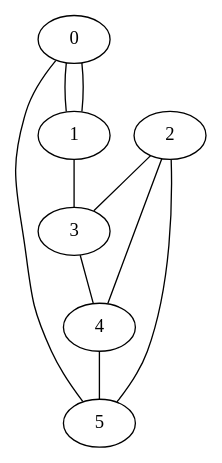
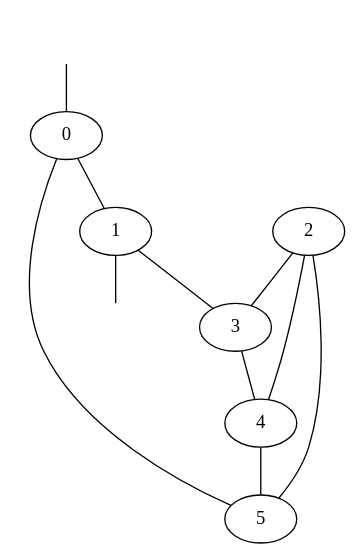
One commit to alphal00p/gammaloop changed the diagram in benchmarks/performance/scalar-3l-gl02-energy-quartic.dot. Above: the diagram before and after it, drawn with Graphviz. The commit also changed 18 other files, not shown here.

```diff
--- a/benchmarks/performance/scalar-3l-gl02-energy-quartic.dot
+++ b/benchmarks/performance/scalar-3l-gl02-energy-quartic.dot
@@ -1,24 +1,27 @@
 // Frozen GL02 from the scalar three-loop LU acceptance matrix.
 // Edge 1 owns four temporal Q(1,cind(0)) factors; degree four minus propagator degree two gives dod=2.
 // Source: tests/tests/test_runs/scalar_3L_cross_section_inspects.rs.
 digraph GL02 {
+    final_state="scalar_0,scalar_0|scalar_0,scalar_0,scalar_1";
+    ext_in [style=invis]; ext_out [style=invis];
     num = "1";
     overall_factor = "(AutG(1))^(-1)*AntiFermionSpinSumSign(1)*ExternalFermionOrderingSign(1)";
     projector = "1";
 
 	"0" [dod="0" dod_autogen="true" int_id="V_3_SCALAR_001" name_autogen="true" num="UFO::SCALAR_COUPLING" num_autogen="true"];
 	"1" [dod="0" dod_autogen="true" int_id="V_3_SCALAR_001" name_autogen="true" num="UFO::SCALAR_COUPLING" num_autogen="true"];
 	"2" [dod="0" dod_autogen="true" int_id="V_3_SCALAR_000" name_autogen="true" num="UFO::SCALAR_COUPLING" num_autogen="true"];
 	"3" [dod="0" dod_autogen="true" int_id="V_3_SCALAR_000" name_autogen="true" num="UFO::SCALAR_COUPLING" num_autogen="true"];
 	"4" [dod="0" dod_autogen="true" int_id="V_3_SCALAR_001" name_autogen="true" num="UFO::SCALAR_COUPLING" num_autogen="true"];
 	"5" [dod="0" dod_autogen="true" int_id="V_3_SCALAR_001" name_autogen="true" num="UFO::SCALAR_COUPLING" num_autogen="true"];
-	"1":17	-> "0":0	 [id=0 dir=none  dod="-2" dod_autogen="true" is_cut="0" lmb_rep="P(0,a___)" name="e0" name_autogen="true" num="1" num_autogen="true" particle="scalar_1"];
+    ext_in -> "0":0 [id=0 dir=none  dod="-2" dod_autogen="true" is_cut="0" lmb_rep="P(0,a___)" name="e0" name_autogen="true" num="1" num_autogen="true" particle="scalar_1"];
 	"0":1	-> "1":2	 [id=1 dir=none  dod="2" lmb_id="0" lmb_rep="K(0,a___)" name="e1" name_autogen="true" num="1𝑖*gammalooprs::Q(1,spenso::cind(0))^4" particle="scalar_0"];
 	"0":3	-> "5":4	 [id=2 dir=none  dod="-2" dod_autogen="true" lmb_rep="-1*K(0,a___)+P(0,a___)" name="e2" name_autogen="true" num="1𝑖" num_autogen="true" particle="scalar_0"];
 	"1":5	-> "3":6	 [id=3 dir=none  dod="-2" dod_autogen="true" lmb_rep="-1*P(0,a___)+K(0,a___)" name="e3" name_autogen="true" num="1𝑖" num_autogen="true" particle="scalar_0"];
 	"2":7	-> "3":8	 [id=4 dir=none  dod="-2" dod_autogen="true" lmb_rep="-1*K(1,a___)+-1*K(2,a___)" name="e4" name_autogen="true" num="1𝑖" num_autogen="true" particle="scalar_0"];
 	"2":9	-> "4":10	 [id=5 dir=none  dod="-2" dod_autogen="true" lmb_id="1" lmb_rep="K(1,a___)" name="e5" name_autogen="true" num="1𝑖" num_autogen="true" particle="scalar_0"];
 	"2":11	-> "5":12	 [id=6 dir=none  dod="-2" dod_autogen="true" lmb_id="2" lmb_rep="K(2,a___)" name="e6" name_autogen="true" num="1𝑖" num_autogen="true" particle="scalar_0"];
 	"3":13	-> "4":14	 [id=7 dir=none  dod="-2" dod_autogen="true" lmb_rep="-1*K(1,a___)+-1*K(2,a___)+-1*P(0,a___)+K(0,a___)" name="e7" name_autogen="true" num="1𝑖" num_autogen="true" particle="scalar_0"];
 	"4":15	-> "5":16	 [id=8 dir=none  dod="-2" dod_autogen="true" lmb_rep="-1*K(2,a___)+-1*P(0,a___)+K(0,a___)" name="e8" name_autogen="true" num="1𝑖" num_autogen="true" particle="scalar_1"];
+    "1":17 -> ext_out [id=9 dir=none  dod="-2" dod_autogen="true" is_cut="0" lmb_rep="P(0,a___)" name="e0" name_autogen="true" num="1" num_autogen="true" particle="scalar_1"];
 }
```
